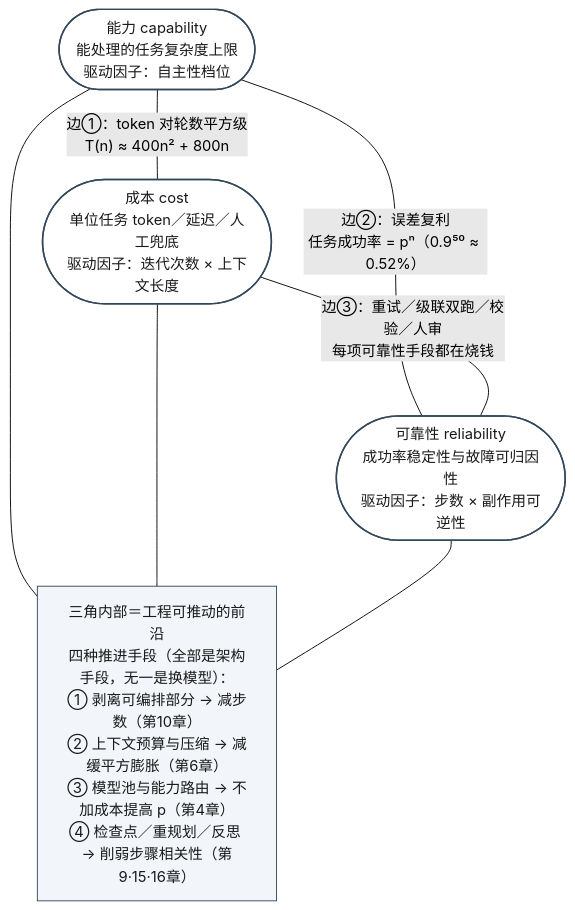
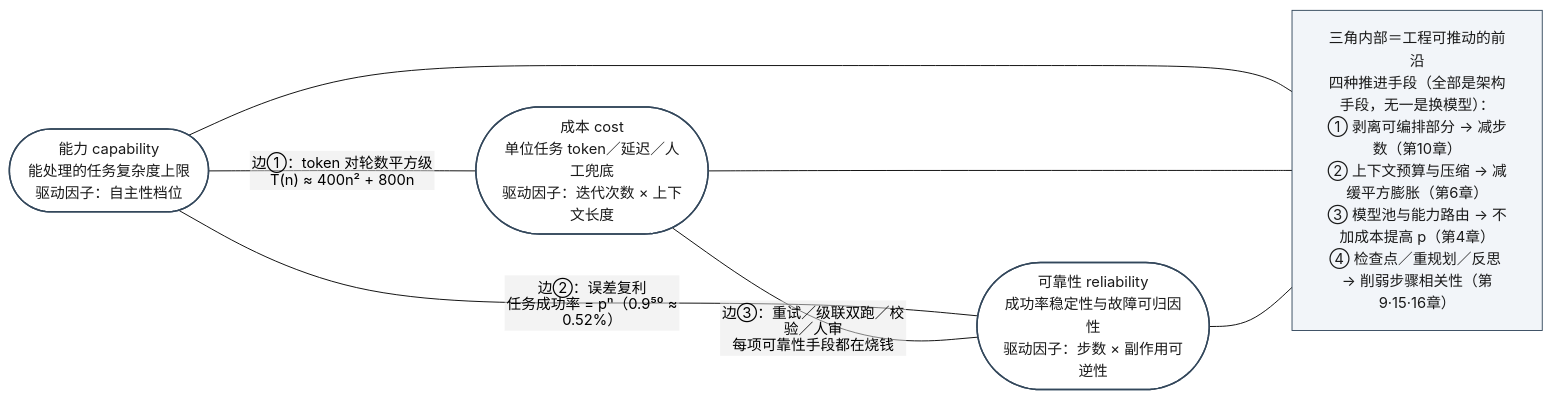
The diagram in agentbook/图表/图1-2_能力成本可靠性三角.mmd (jeffery9/digital-apprentice), drawn with Mermaid (forest theme) before and after one commit. The commit also changed 32739 other files, not shown here.

```diff
--- a/agentbook/图表/图1-2_能力成本可靠性三角.mmd
+++ b/agentbook/图表/图1-2_能力成本可靠性三角.mmd
@@ -1,22 +1,23 @@
 %% 图 1-2｜能力—成本—可靠性三角（第 1 章）
 %% 导读：三条边标注耦合机制与驱动因子；三角内部是工程可推动的前沿。曲线为 p^n 示意，非实测数据。
 %% 黑白印刷自检：不依赖颜色区分，三边均有文字标注。
-flowchart TB
+%%{init: {"flowchart": {"nodeSpacing": 70, "rankSpacing": 90, "padding": 18, "htmlLabels": false}}}%%
+flowchart LR
     CAP(["能力 capability<br/>能处理的任务复杂度上限<br/>驱动因子：自主性档位"])
     COST(["成本 cost<br/>单位任务 token／延迟／人工兜底<br/>驱动因子：迭代次数 × 上下文长度"])
     REL(["可靠性 reliability<br/>成功率稳定性与故障可归因性<br/>驱动因子：步数 × 副作用可逆性"])
 
     CAP -- "边①：token 对轮数平方级<br/>T(n) ≈ 400n² + 800n" --- COST
     CAP -- "边②：误差复利<br/>任务成功率 = pⁿ（0.9⁵⁰ ≈ 0.52%）" --- REL
     COST -- "边③：重试／级联双跑／校验／人审<br/>每项可靠性手段都在烧钱" --- REL
 
     FRONTIER["三角内部＝工程可推动的前沿<br/>四种推进手段（全部是架构手段，无一是换模型）：<br/>① 剥离可编排部分 → 减步数（第10章）<br/>② 上下文预算与压缩 → 减缓平方膨胀（第6章）<br/>③ 模型池与能力路由 → 不加成本提高 p（第4章）<br/>④ 检查点／重规划／反思 → 削弱步骤相关性（第9·15·16章）"]
 
     CAP --- FRONTIER
     COST --- FRONTIER
     REL --- FRONTIER
 
     classDef node fill:#fff,stroke:#33475b,stroke-width:1.6px,color:#1a1a1a
     classDef inner fill:#f2f5f9,stroke:#33475b,stroke-width:1px,color:#1a1a1a
     class CAP,COST,REL node
     class FRONTIER inner
```
